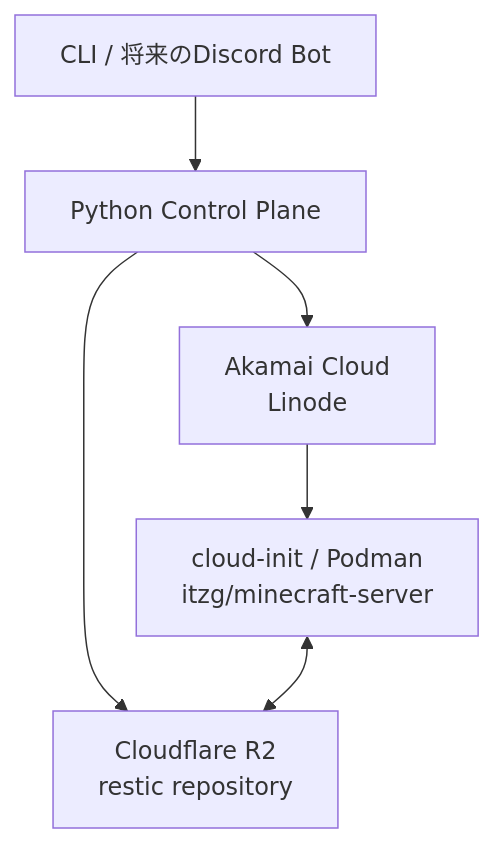
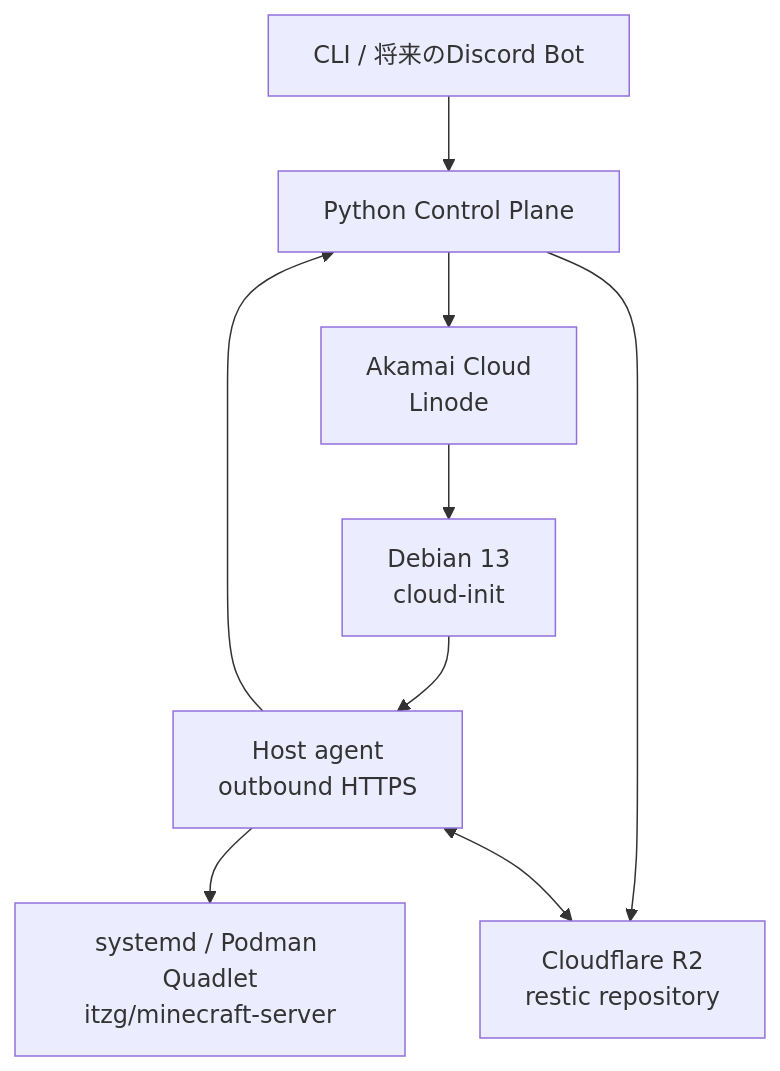
One commit to barn0w1/mc-control-plane changed the diagram in README.md. Above: the diagram before and after it, drawn with Mermaid. The commit also changed other lines of this file and 2 other files, not shown here.

Commit message:
docs: define the operational MVP roadmap

````diff
--- a/README.md
+++ b/README.md
@@ -9,8 +9,11 @@
 ```mermaid
 flowchart TD
     User["CLI / 将来のDiscord Bot"] --> Control["Python Control Plane"]
     Control --> Akamai["Akamai Cloud<br/>Linode"]
     Control --> R2["Cloudflare R2<br/>restic repository"]
-    Akamai --> Host["cloud-init / Podman<br/>itzg/minecraft-server"]
-    Host <--> R2
+    Akamai --> Host["Debian 13<br/>cloud-init"]
+    Host --> Agent["Host agent<br/>outbound HTTPS"]
+    Agent --> Control
+    Agent --> Runtime["systemd / Podman Quadlet<br/>itzg/minecraft-server"]
+    Agent <--> R2
 ```
````
